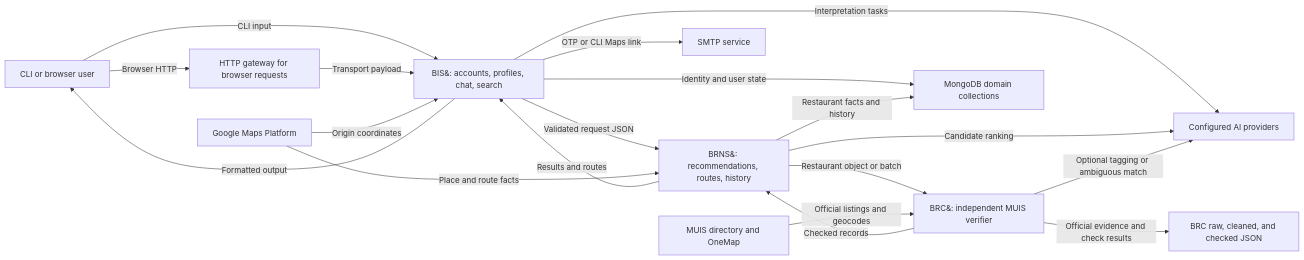
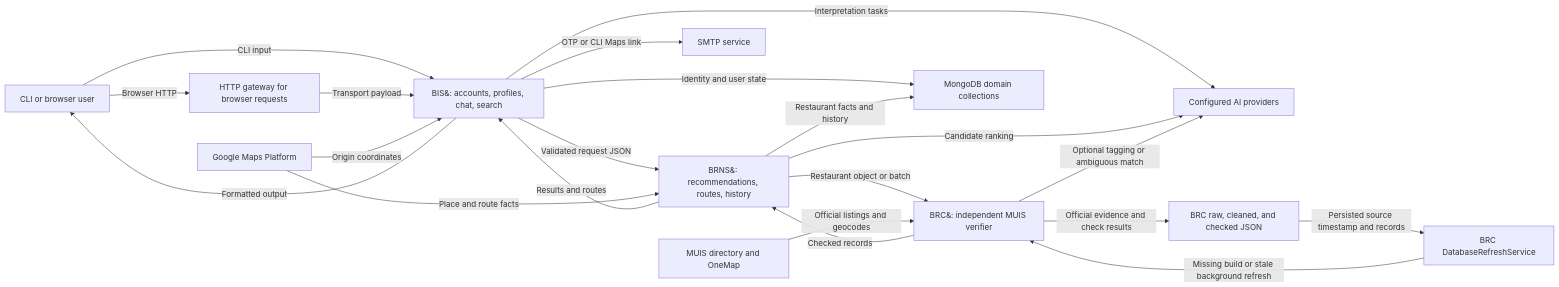
The first of 4 diagrams in DataFlowDiagram.md (INF1103-Team-3/Team-Project), drawn with Mermaid before and after one commit. The commit also changed other lines of this file and 12 other files, not shown here.

````diff
--- a/DataFlowDiagram.md
+++ b/DataFlowDiagram.md
@@ -9,32 +9,35 @@
 ```mermaid
 flowchart LR
   user["CLI or browser user"]
   http["HTTP gateway for browser requests"]
   bis["BIS&#58; accounts, profiles, chat, search"]
   brns["BRNS&#58; recommendations, routes, history"]
   brc["BRC&#58; independent MUIS verifier"]
   ai["Configured AI providers"]
   google["Google Maps Platform"]
   smtp["SMTP service"]
   muis["MUIS directory and OneMap"]
   mongo["MongoDB domain collections"]
   json["BRC raw, cleaned, and checked JSON"]
+  refresh["BRC DatabaseRefreshService"]
   user -->|CLI input| bis
   user -->|Browser HTTP| http
   http -->|Transport payload| bis
   bis -->|Validated request JSON| brns
   brns -->|Restaurant object or batch| brc
   bis -->|Interpretation tasks| ai
   brns -->|Candidate ranking| ai
   brc -->|Optional tagging or ambiguous match| ai
   google -->|Origin coordinates| bis
   google -->|Place and route facts| brns
   bis -->|OTP or CLI Maps link| smtp
   muis -->|Official listings and geocodes| brc
   bis -->|Identity and user state| mongo
   brns -->|Restaurant facts and history| mongo
   brc -->|Official evidence and check results| json
+  json -->|Persisted source timestamp and records| refresh
+  refresh -->|Missing build or stale background refresh| brc
   brc -->|Checked records| brns
   brns -->|Results and routes| bis
   bis -->|Formatted output| user
 ```
````
